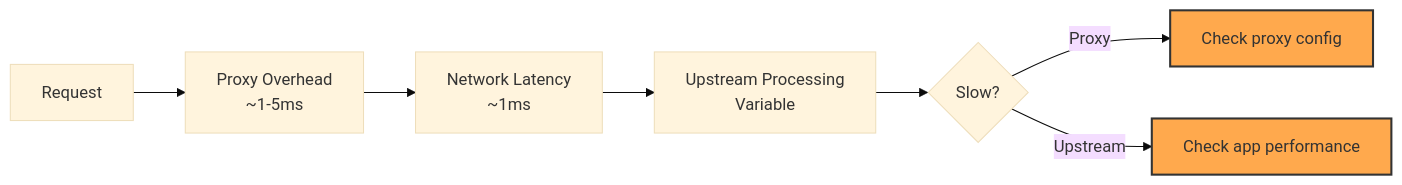
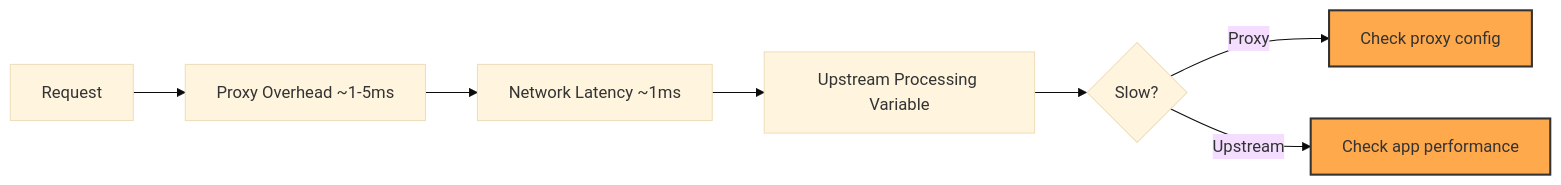
One commit to softwarewrighter/dev-proxy changed the eighth of 8 diagrams in wiki/Troubleshooting.md. Above: the diagram before and after it, drawn with Mermaid (base theme). The commit also changed other lines of this file and 6 other files, not shown here.

First line of the commit message:
Fix wiki Mermaid diagrams: remove <br/> tags

````diff
--- a/wiki/Troubleshooting.md
+++ b/wiki/Troubleshooting.md
@@ -538,14 +538,14 @@
 ```mermaid
 graph LR
-    Request[Request] --> T1[Proxy Overhead<br/>~1-5ms]
-    T1 --> T2[Network Latency<br/>~1ms]
-    T2 --> T3[Upstream Processing<br/>Variable]
+    Request[Request] --> T1[Proxy Overhead ~1-5ms]
+    T1 --> T2[Network Latency ~1ms]
+    T2 --> T3[Upstream Processing Variable]
 
     T3 --> Slow{Slow?}
 
     Slow -->|Proxy| ProxyIssue[Check proxy config]
     Slow -->|Upstream| UpstreamIssue[Check app performance]
 
     style ProxyIssue fill:#ffa94d,stroke:#333,stroke-width:2px
     style UpstreamIssue fill:#ffa94d,stroke:#333,stroke-width:2px
 ```
````
